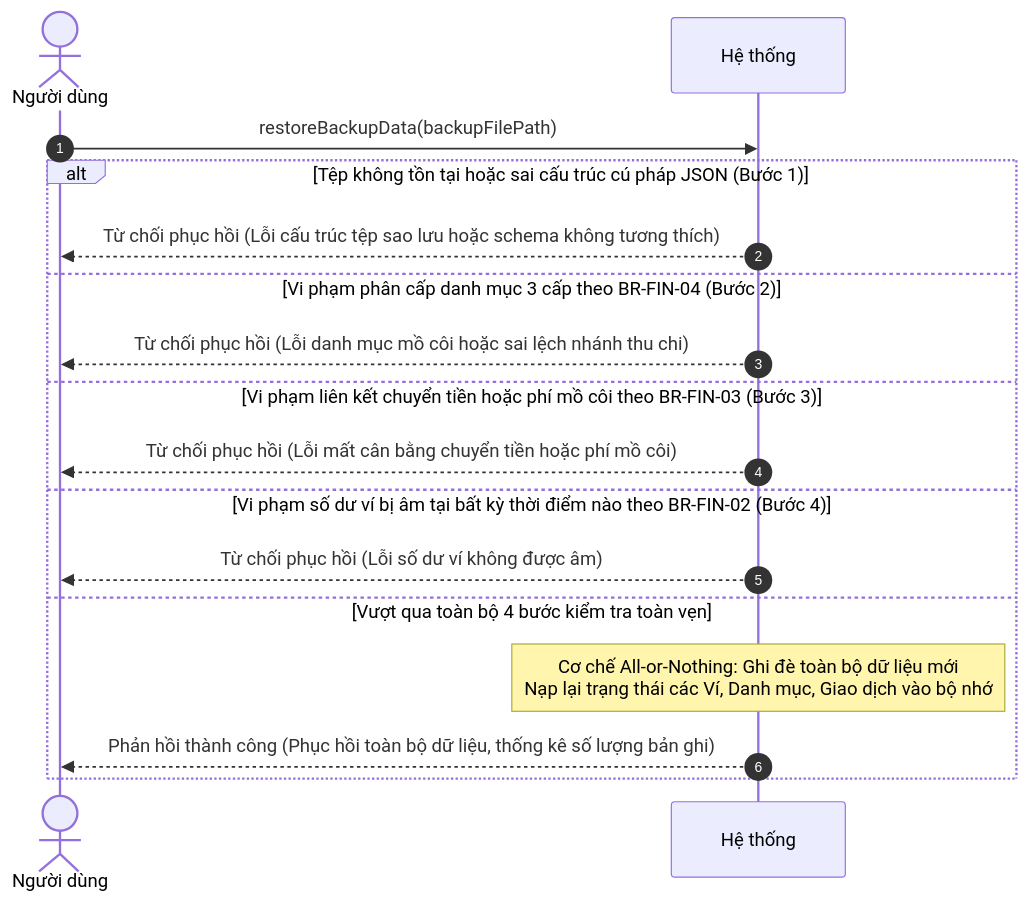
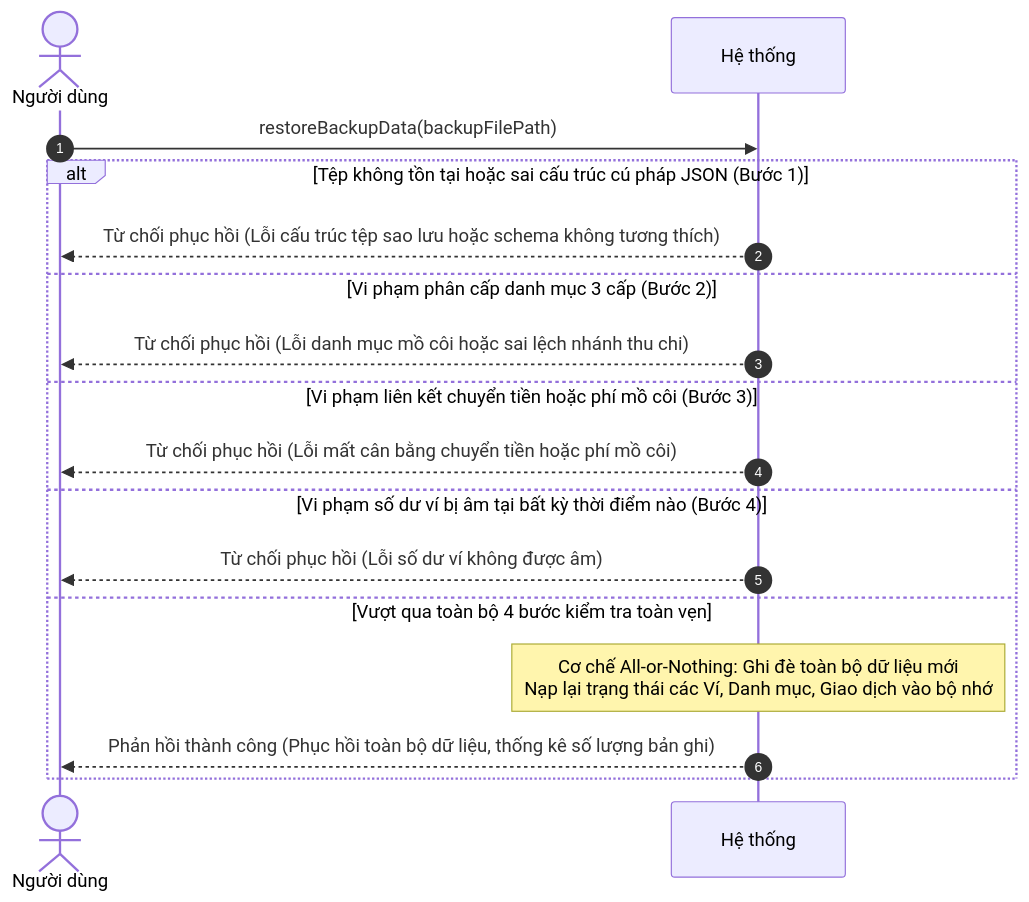
One commit to mynhleeh/pfms-oop changed the eighth of 9 diagrams in docs/object-oriented-analysis/03-so-do-tuan-tu-he-thong-ssd.md. Above: the diagram before and after it, drawn with Mermaid. The commit also changed other lines of this file and 1 other file, not shown here.

````diff
--- a/docs/object-oriented-analysis/03-so-do-tuan-tu-he-thong-ssd.md
+++ b/docs/object-oriented-analysis/03-so-do-tuan-tu-he-thong-ssd.md
@@ -545,20 +545,20 @@
 ```mermaid
 sequenceDiagram
     autonumber
     actor User as Người dùng
     participant System as Hệ thống
 
     User->>System: restoreBackupData(backupFilePath)
     alt Tệp không tồn tại hoặc sai cấu trúc cú pháp JSON (Bước 1)
         System-->>User: Từ chối phục hồi (Lỗi cấu trúc tệp sao lưu hoặc schema không tương thích)
-    else Vi phạm phân cấp danh mục 3 cấp theo BR-FIN-04 (Bước 2)
+    else Vi phạm phân cấp danh mục 3 cấp (Bước 2)
         System-->>User: Từ chối phục hồi (Lỗi danh mục mồ côi hoặc sai lệch nhánh thu chi)
-    else Vi phạm liên kết chuyển tiền hoặc phí mồ côi theo BR-FIN-03 (Bước 3)
+    else Vi phạm liên kết chuyển tiền hoặc phí mồ côi (Bước 3)
         System-->>User: Từ chối phục hồi (Lỗi mất cân bằng chuyển tiền hoặc phí mồ côi)
-    else Vi phạm số dư ví bị âm tại bất kỳ thời điểm nào theo BR-FIN-02 (Bước 4)
+    else Vi phạm số dư ví bị âm tại bất kỳ thời điểm nào (Bước 4)
         System-->>User: Từ chối phục hồi (Lỗi số dư ví không được âm)
     else Vượt qua toàn bộ 4 bước kiểm tra toàn vẹn
         Note over System: Cơ chế All-or-Nothing: Ghi đè toàn bộ dữ liệu mới<br/>Nạp lại trạng thái các Ví, Danh mục, Giao dịch vào bộ nhớ
         System-->>User: Phản hồi thành công (Phục hồi toàn bộ dữ liệu, thống kê số lượng bản ghi)
     end
 ```
````
